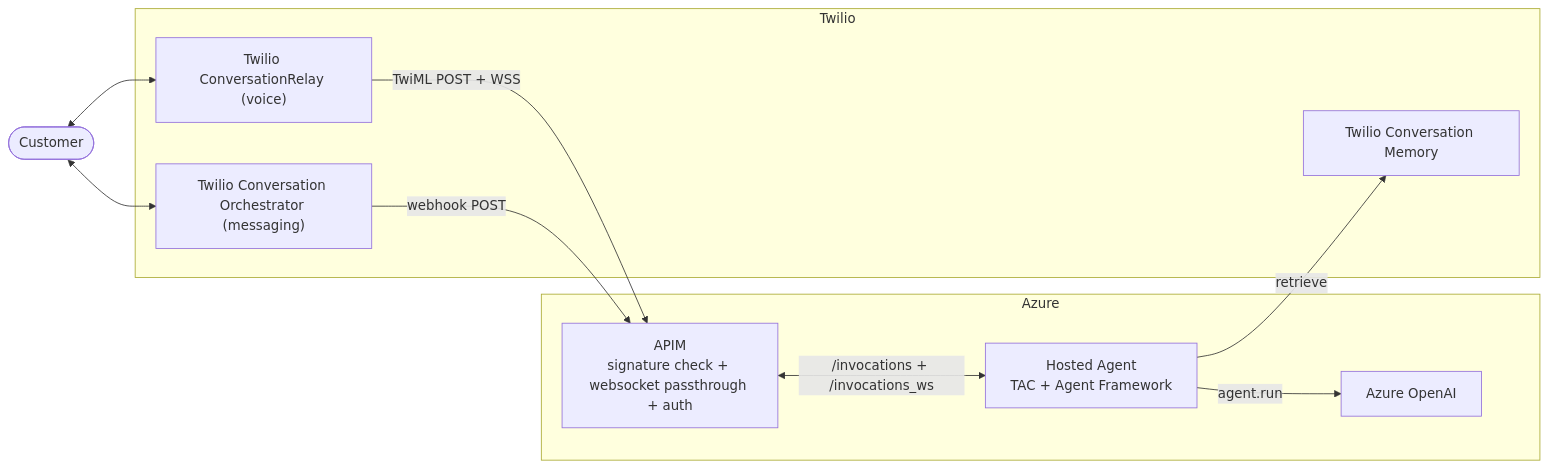
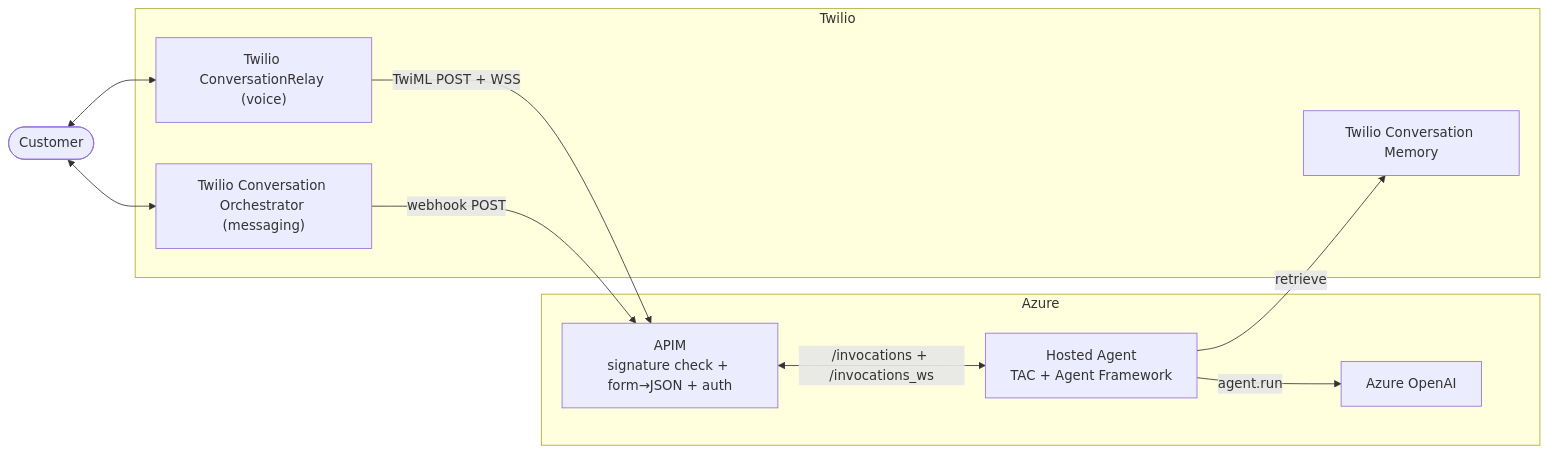
One commit to twilio/twilio-agent-connect-microsoft changed the diagram in deploy/agent_framework_hosted_agents/README.md. Above: the diagram before and after it, drawn with Mermaid. The commit also changed other lines of this file and 6 other files, not shown here.

````diff
--- a/deploy/agent_framework_hosted_agents/README.md
+++ b/deploy/agent_framework_hosted_agents/README.md
@@ -13,24 +13,24 @@
 ```mermaid
 graph LR
     Customer([Customer])
 
     subgraph Twilio
         CRelay["Twilio ConversationRelay (voice)"]
         CO["Twilio Conversation Orchestrator (messaging)"]
         Memory[Twilio Conversation Memory]
     end
 
     subgraph Azure
-        APIM[APIM<br/>signature check + websocket passthrough + auth]
+        APIM[APIM<br/>signature check + form→JSON + auth]
         Foundry[Hosted Agent<br/>TAC + Agent Framework]
         AOAI[Azure OpenAI]
     end
 
     Customer <--> CRelay
     Customer <--> CO
     CRelay -->|TwiML POST + WSS| APIM
     CO -->|webhook POST| APIM
     APIM <-->|/invocations + /invocations_ws| Foundry
     Foundry -->|retrieve| Memory
     Foundry -->|agent.run| AOAI
 ```
````
